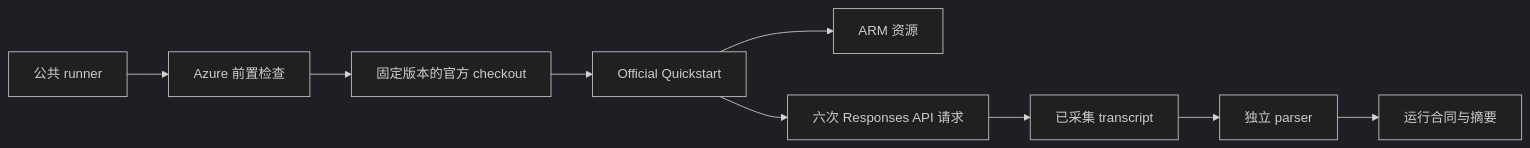
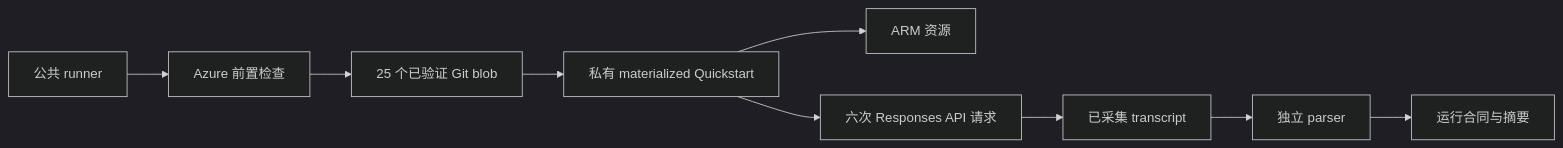
The diagram in Agents/Azure-Context-Cache-E2E-Validation/docs/METHOD-CN.md (david-xinyuwei/david-share), drawn with Mermaid (dark theme) before and after one commit. The commit also changed other lines of this file and 23 other files, not shown here.

````diff
--- a/Agents/Azure-Context-Cache-E2E-Validation/docs/METHOD-CN.md
+++ b/Agents/Azure-Context-Cache-E2E-Validation/docs/METHOD-CN.md
@@ -11,11 +11,11 @@
 ```mermaid
 flowchart LR
     A[公共 runner] --> B[Azure 前置检查]
-    B --> C[固定版本的官方 checkout]
-    C --> D[Official Quickstart]
+    B --> C[25 个已验证 Git blob]
+    C --> D[私有 materialized Quickstart]
     D --> E[ARM 资源]
     D --> F[六次 Responses API 请求]
     F --> G[已采集 transcript]
     G --> H[独立 parser]
     H --> I[运行合同与摘要]
 ```
````
